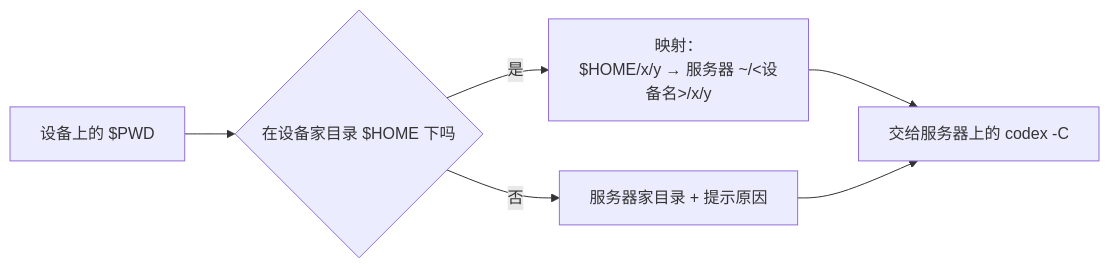
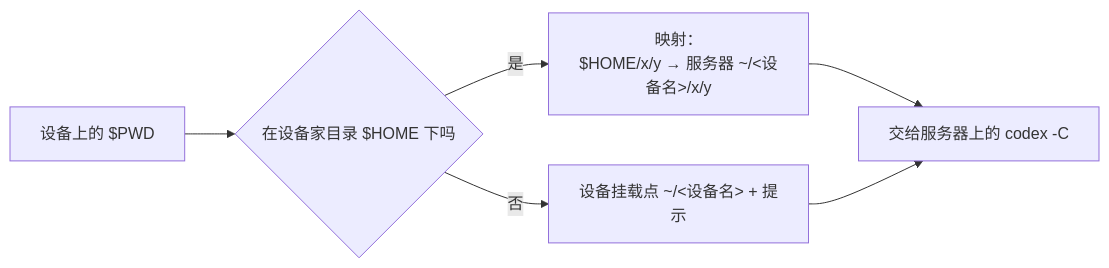
The sixth of 7 diagrams in docs/flow.md (MuRain37/device-onboard), drawn with Mermaid before and after one commit. The commit also changed other lines of this file and 3 other files, not shown here.

````diff
--- a/docs/flow.md
+++ b/docs/flow.md
@@ -176,8 +185,8 @@
 ```mermaid
 flowchart LR
     P["设备上的 $PWD"] --> Q{"在设备家目录 $HOME 下吗"}
     Q -- 是 --> R["映射：<br/>$HOME/x/y → 服务器 ~/&lt;设备名&gt;/x/y"]
-    Q -- 否 --> S["服务器家目录 + 提示原因"]
+    Q -- 否 --> S["设备挂载点 ~/&lt;设备名&gt; + 提示"]
     R --> T["交给服务器上的 codex -C"]
     S --> T
 ```
````
